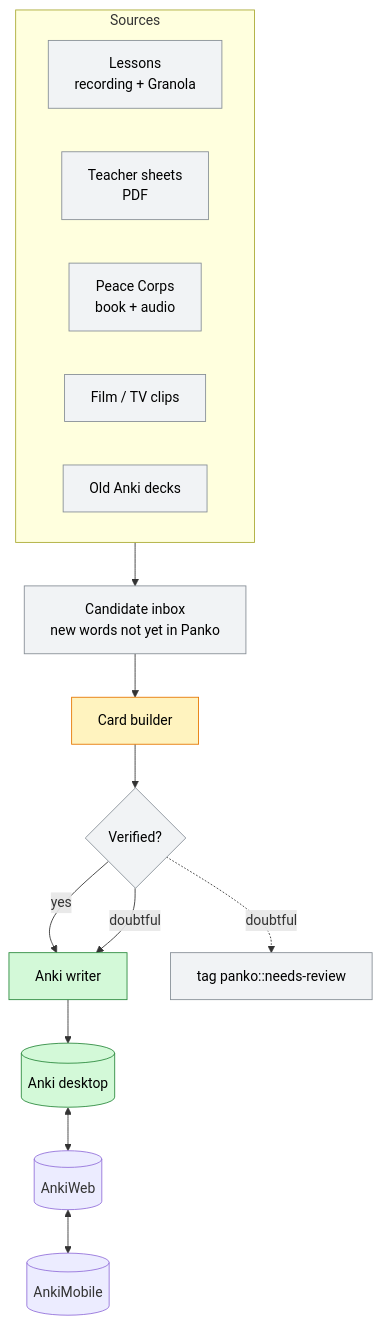
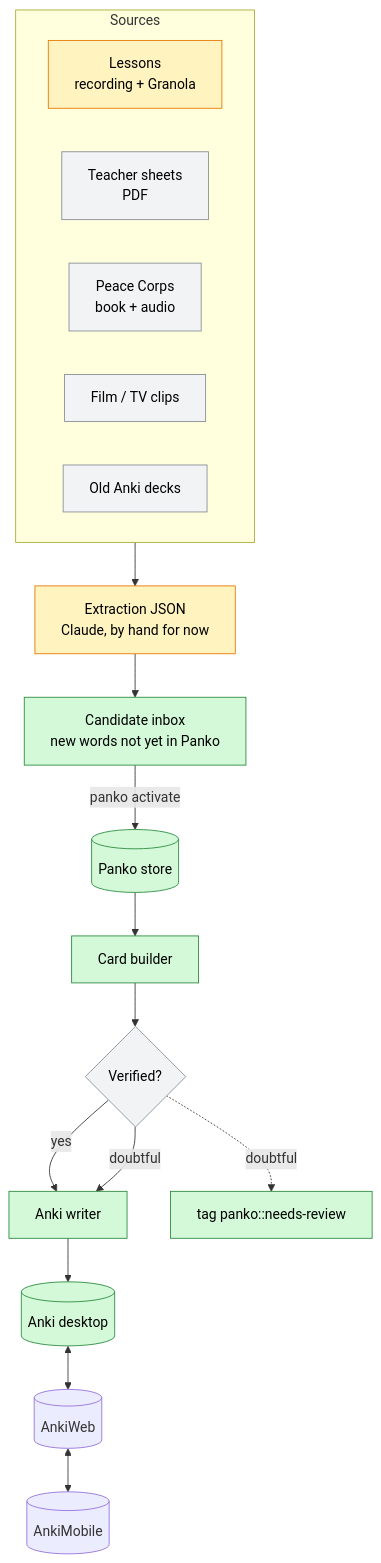
One commit to NotAHill/panko changed the first of 5 diagrams in docs/ARCHITECTURE.md. Above: the diagram before and after it, drawn with Mermaid. The commit also changed other lines of this file and 16 other files, not shown here.

First line of the commit message:
Add the Panko store, lesson ingestion and in-place sync

````diff
--- a/docs/ARCHITECTURE.md
+++ b/docs/ARCHITECTURE.md
@@ -12,23 +12,25 @@
 ```mermaid
 flowchart TB
     subgraph Sources
         direction LR
-        L[Lessons<br/>recording + Granola]:::plan
+        L[Lessons<br/>recording + Granola]:::part
         T[Teacher sheets<br/>PDF]:::plan
         PC[Peace Corps<br/>book + audio]:::plan
         M[Film / TV clips]:::plan
         D[Old Anki decks]:::plan
     end
-    Sources --> IN[Candidate inbox<br/>new words not yet in Panko]:::plan
-    IN --> B[Card builder]:::part
+    Sources --> X[Extraction JSON<br/>Claude, by hand for now]:::part
+    X --> IN[Candidate inbox<br/>new words not yet in Panko]:::built
+    IN -- panko activate --> S[(Panko store)]:::built
+    S --> B[Card builder]:::built
     B --> V{Verified?}:::plan
     V -- yes --> W[Anki writer]:::built
     V -- doubtful --> W
-    V -. doubtful .-> F[tag panko::needs-review]:::plan
+    V -. doubtful .-> F[tag panko::needs-review]:::built
     W --> A[(Anki desktop)]:::built
     A <--> AW[(AnkiWeb)] <--> AM[(AnkiMobile)]
 
     classDef built fill:#d3f9d8,stroke:#2b8a3e,color:#000
     classDef part fill:#fff3bf,stroke:#e67700,color:#000
     classDef plan fill:#f1f3f5,stroke:#868e96,color:#000
 ```
````
